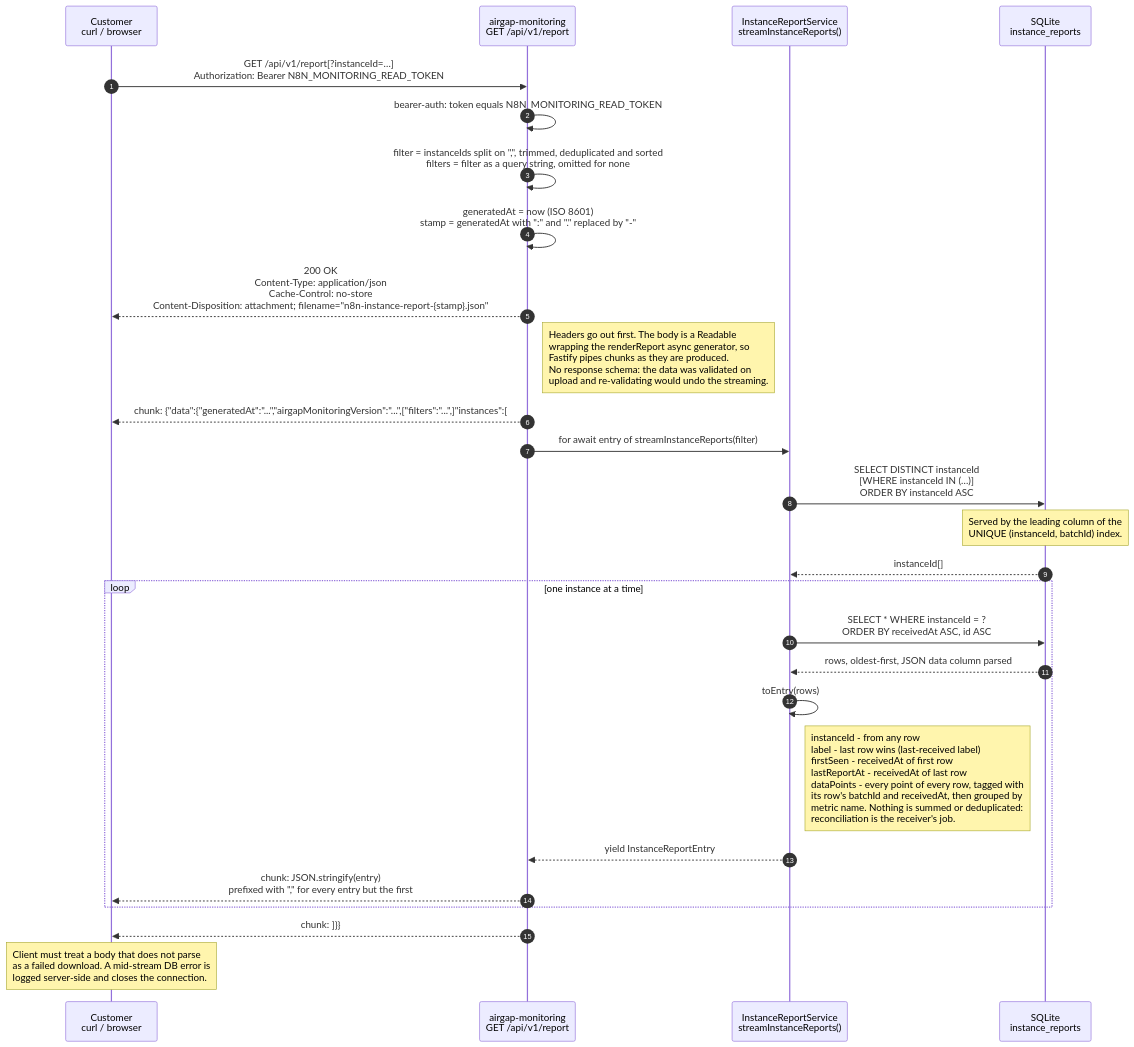
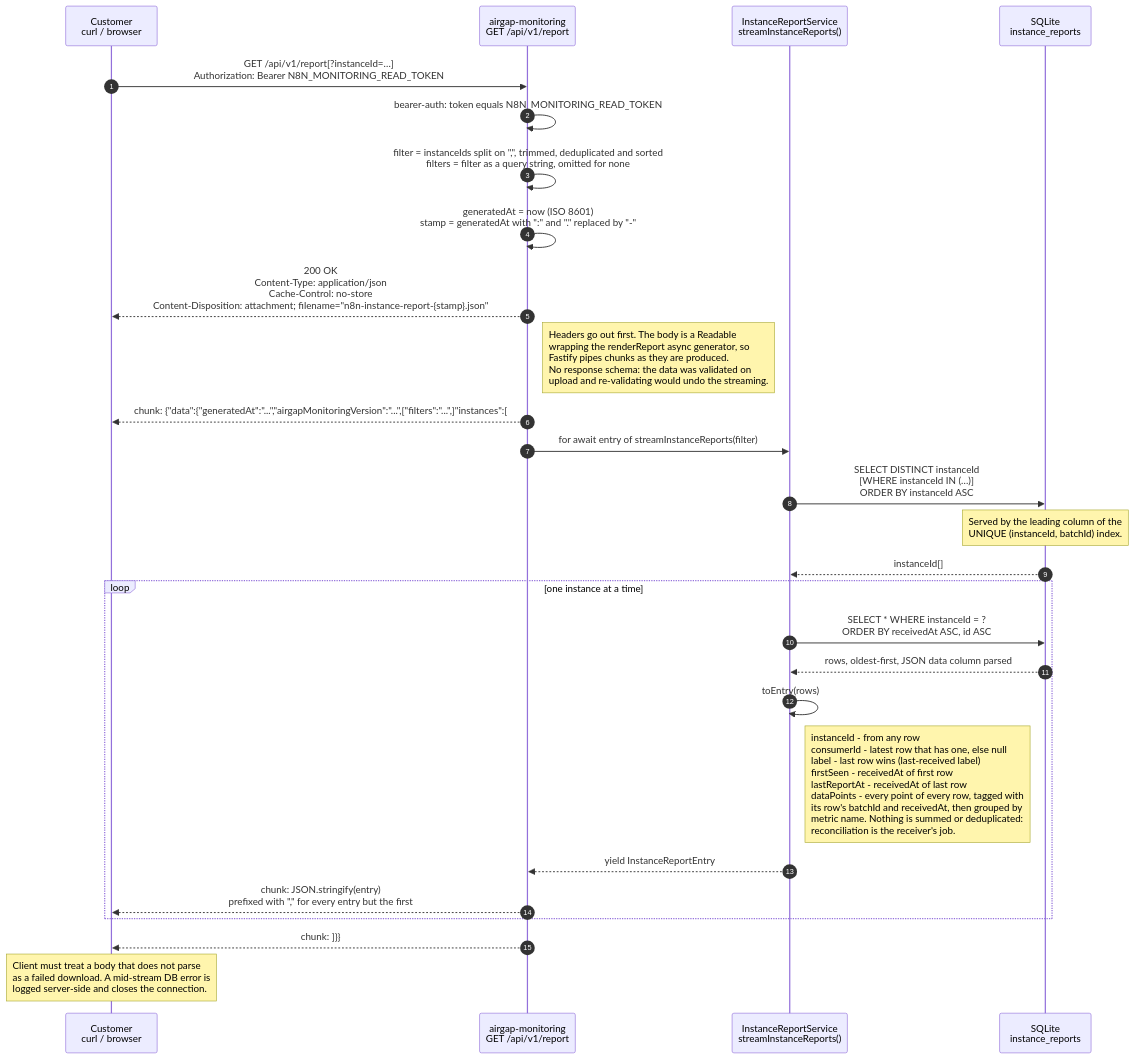
The second of 2 diagrams in docs/DIAGRAMS.md (n8n-io/n8n-airgap-monitoring), drawn with Mermaid before and after one commit. The commit also changed other lines of this file and 20 other files, not shown here.

````diff
--- a/docs/DIAGRAMS.md
+++ b/docs/DIAGRAMS.md
@@ -104,39 +105,39 @@
 ```mermaid
 ---
 config:
   sequence:
     noteAlign: left
 ---
 sequenceDiagram
     autonumber
     participant C as Customer<br/>curl / browser
     participant API as airgap-monitoring<br/>GET /api/v1/report
     participant SVC as InstanceReportService<br/>streamInstanceReports()
     participant DB as SQLite<br/>instance_reports
 
     C->>API: GET /api/v1/report[?instanceId=…]<br/>Authorization: Bearer N8N_MONITORING_READ_TOKEN
     API->>API: bearer-auth: token equals N8N_MONITORING_READ_TOKEN
     API->>API: filter = instanceIds split on ",", trimmed, deduplicated and sorted<br/>filters = filter as a query string, omitted for none
     API->>API: generatedAt = now (ISO 8601)<br/>stamp = generatedAt with ":" and "." replaced by "-"
     API-->>C: 200 OK<br/>Content-Type: application/json<br/>Cache-Control: no-store<br/>Content-Disposition: attachment#59; filename="n8n-instance-report-{stamp}.json"
     Note right of API: Headers go out first. The body is a Readable<br/>wrapping the renderReport async generator, so<br/>Fastify pipes chunks as they are produced.<br/>No response schema: the data was validated on<br/>upload and re-validating would undo the streaming.
 
     API-->>C: chunk: {"data":{"generatedAt":"...","airgapMonitoringVersion":"...",["filters":"...",]"instances":[
 
     API->>SVC: for await entry of streamInstanceReports(filter)
     SVC->>DB: SELECT DISTINCT instanceId<br/>[WHERE instanceId IN (…)]<br/>ORDER BY instanceId ASC
     Note over DB: Served by the leading column of the<br/>UNIQUE (instanceId, batchId) index.
     DB-->>SVC: instanceId[]
 
     loop one instance at a time
         SVC->>DB: SELECT * WHERE instanceId = ?<br/>ORDER BY receivedAt ASC, id ASC
         DB-->>SVC: rows, oldest-first, JSON data column parsed
         SVC->>SVC: toEntry(rows)
-        Note right of SVC: instanceId - from any row<br/>label - last row wins (last-received label)<br/>firstSeen - receivedAt of first row<br/>lastReportAt - receivedAt of last row<br/>dataPoints - every point of every row, tagged with<br/>its row's batchId and receivedAt, then grouped by<br/>metric name. Nothing is summed or deduplicated:<br/>reconciliation is the receiver's job.
+        Note right of SVC: instanceId - from any row<br/>consumerId - latest row that has one, else null<br/>label - last row wins (last-received label)<br/>firstSeen - receivedAt of first row<br/>lastReportAt - receivedAt of last row<br/>dataPoints - every point of every row, tagged with<br/>its row's batchId and receivedAt, then grouped by<br/>metric name. Nothing is summed or deduplicated:<br/>reconciliation is the receiver's job.
         SVC-->>API: yield InstanceReportEntry
         API-->>C: chunk: JSON.stringify(entry)<br/>prefixed with "," for every entry but the first
     end
 
     API-->>C: chunk: ]}}
     Note over C: Client must treat a body that does not parse<br/>as a failed download. A mid-stream DB error is<br/>logged server-side and closes the connection.
 ```
````
